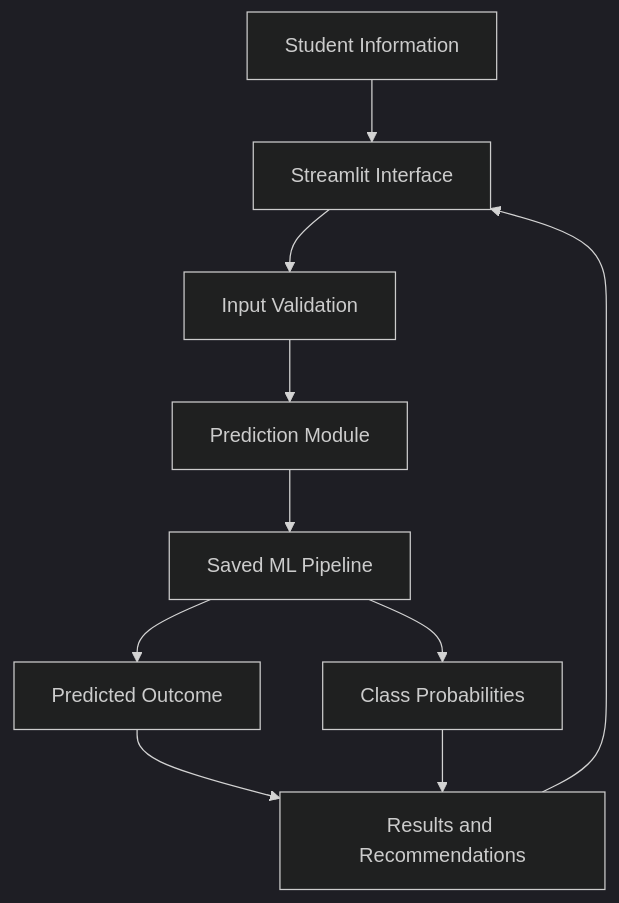
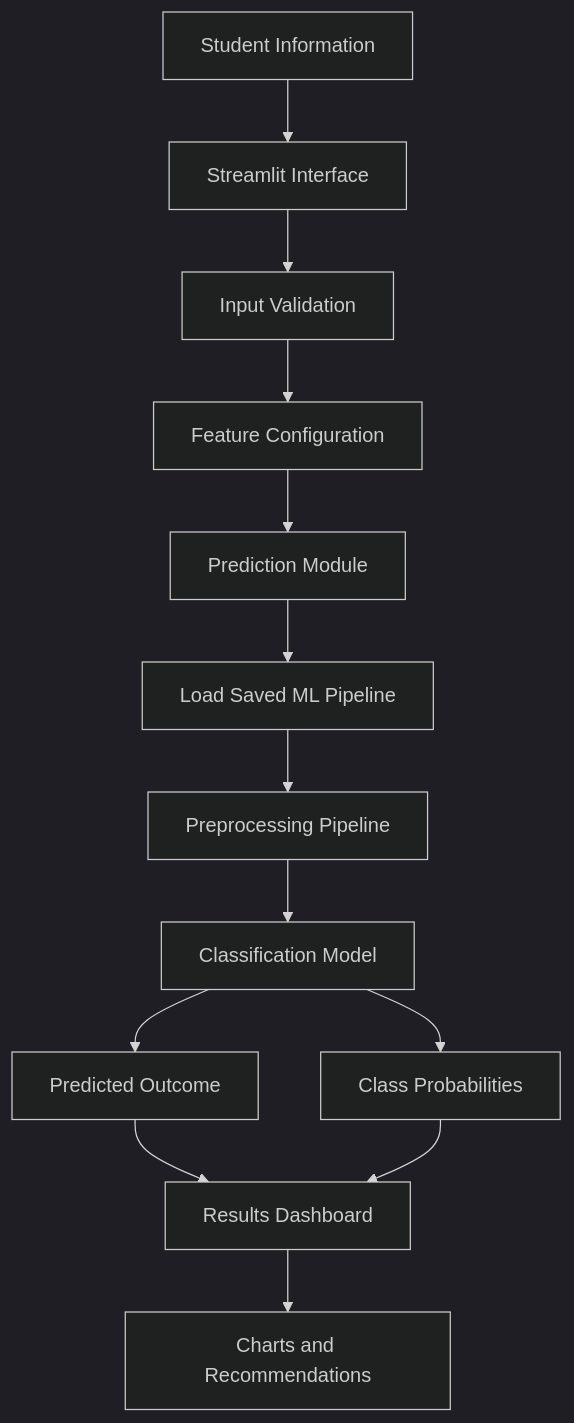
One commit to Akash-295/Learnwise_AI changed the diagram in README.md. Above: the diagram before and after it, drawn with Mermaid (dark theme).

Commit message:
Improve application architecture diagram

````diff
--- a/README.md
+++ b/README.md
@@ -145,12 +145,15 @@
 ```mermaid
 flowchart TD
     A[Student Information] --> B[Streamlit Interface]
     B --> C[Input Validation]
-    C --> D[Prediction Module]
-    D --> E[Saved ML Pipeline]
-    E --> F[Predicted Outcome]
-    E --> G[Class Probabilities]
-    F --> H[Results and Recommendations]
-    G --> H
-    H --> B
+    C --> D[Feature Configuration]
+    D --> E[Prediction Module]
+    E --> F[Load Saved ML Pipeline]
+    F --> G[Preprocessing Pipeline]
+    G --> H[Classification Model]
+    H --> I[Predicted Outcome]
+    H --> J[Class Probabilities]
+    I --> K[Results Dashboard]
+    J --> K
+    K --> L[Charts and Recommendations]
 ```
````
